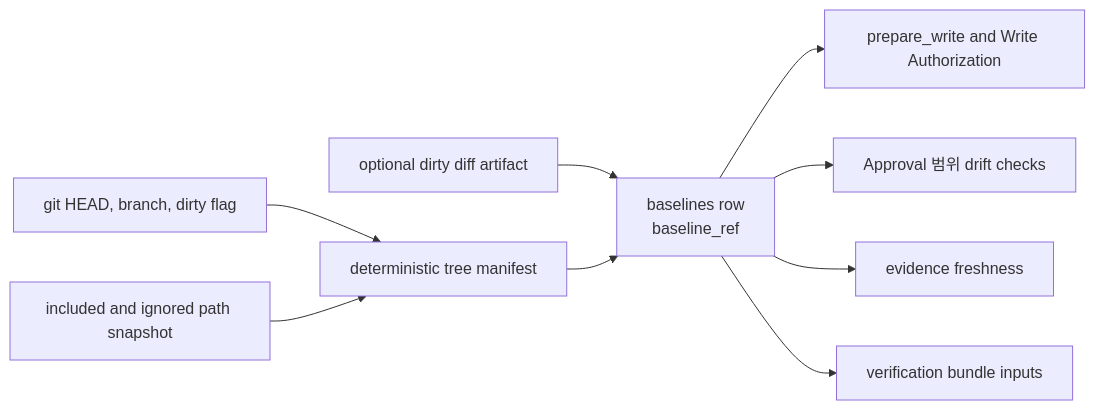
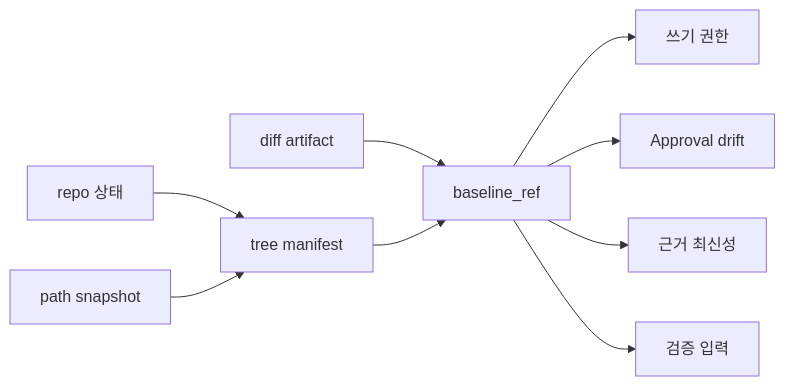
One commit to minjungw00/Harness_Project changed the fifth of 9 diagrams in docs/ko/reference/storage-and-ddl.md. Above: the diagram before and after it, drawn with Mermaid. The commit also changed other lines of this file and 20 other files, not shown here.

Commit message:
docs: refresh diagrams for staged authority model

````diff
--- a/docs/ko/reference/storage-and-ddl.md
+++ b/docs/ko/reference/storage-and-ddl.md
@@ -1343,21 +1343,21 @@
 ```mermaid
 flowchart LR
-  Repo["git HEAD, branch, dirty flag"]
-  Files["included and ignored path snapshot"]
-  Diff["optional dirty diff artifact"]
-  Manifest["deterministic tree manifest"]
-  Baseline["baselines row<br/>baseline_ref"]
-  Write["prepare_write and Write Authorization"]
-  Approval["Approval 범위 drift checks"]
-  Evidence["evidence freshness"]
-  Verify["verification bundle inputs"]
+  Repo["repo 상태"]
+  Files["path snapshot"]
+  Diff["diff artifact"]
+  Manifest["tree manifest"]
+  Baseline["baseline_ref"]
+  Write["쓰기 권한"]
+  Approval["Approval drift"]
+  Evidence["근거 최신성"]
+  Verify["검증 입력"]
 
   Repo --> Manifest
   Files --> Manifest
   Diff --> Baseline
   Manifest --> Baseline
   Baseline --> Write
   Baseline --> Approval
   Baseline --> Evidence
   Baseline --> Verify
 ```
````
